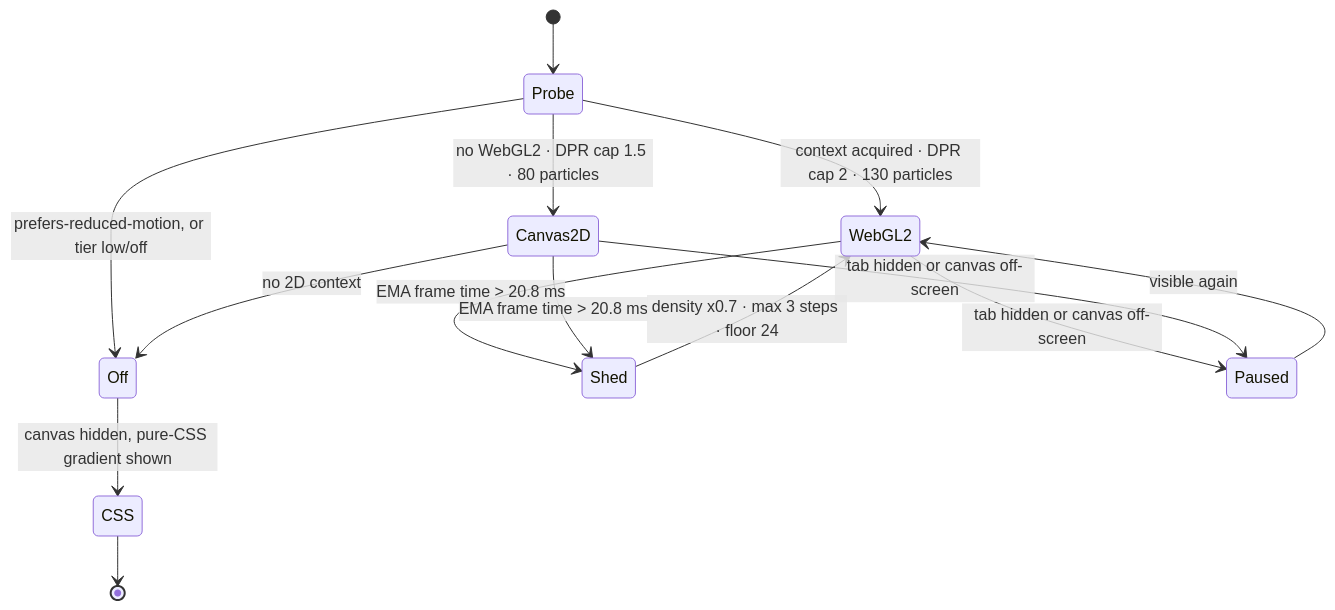
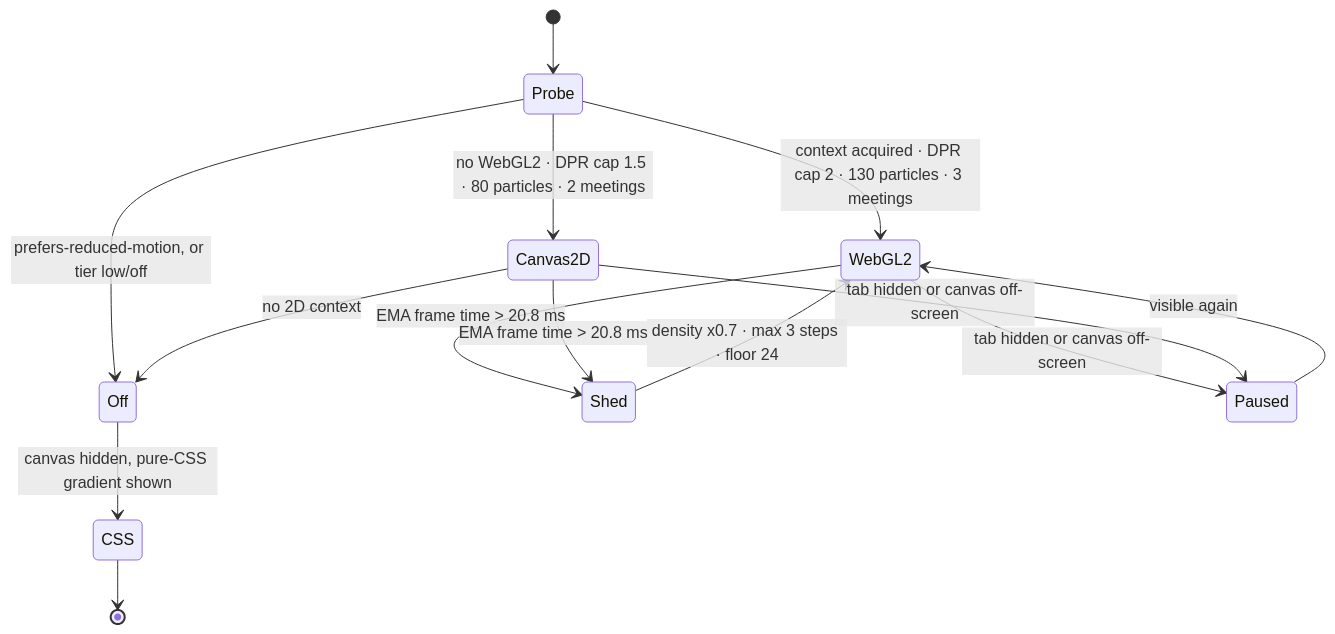
The third of 11 diagrams in README.md (YASLOGIST/urlf-up), drawn with Mermaid before and after one commit. The commit also changed other lines of this file and 13 other files, not shown here.

````diff
--- a/README.md
+++ b/README.md
@@ -260,16 +265,16 @@
 ```mermaid
 stateDiagram-v2
     [*] --> Probe
     Probe --> Off : prefers-reduced-motion, or tier low/off
-    Probe --> WebGL2 : context acquired · DPR cap 2 · 130 particles
-    Probe --> Canvas2D : no WebGL2 · DPR cap 1.5 · 80 particles
+    Probe --> WebGL2 : context acquired · DPR cap 2 · 130 particles · 3 meetings
+    Probe --> Canvas2D : no WebGL2 · DPR cap 1.5 · 80 particles · 2 meetings
     Canvas2D --> Off : no 2D context
     Off --> CSS : canvas hidden, pure-CSS gradient shown
     WebGL2 --> Shed : EMA frame time > 20.8 ms
     Canvas2D --> Shed : EMA frame time > 20.8 ms
     Shed --> WebGL2 : density x0.7 · max 3 steps · floor 24
     WebGL2 --> Paused : tab hidden or canvas off-screen
     Canvas2D --> Paused : tab hidden or canvas off-screen
     Paused --> WebGL2 : visible again
     CSS --> [*]
 ```
````
